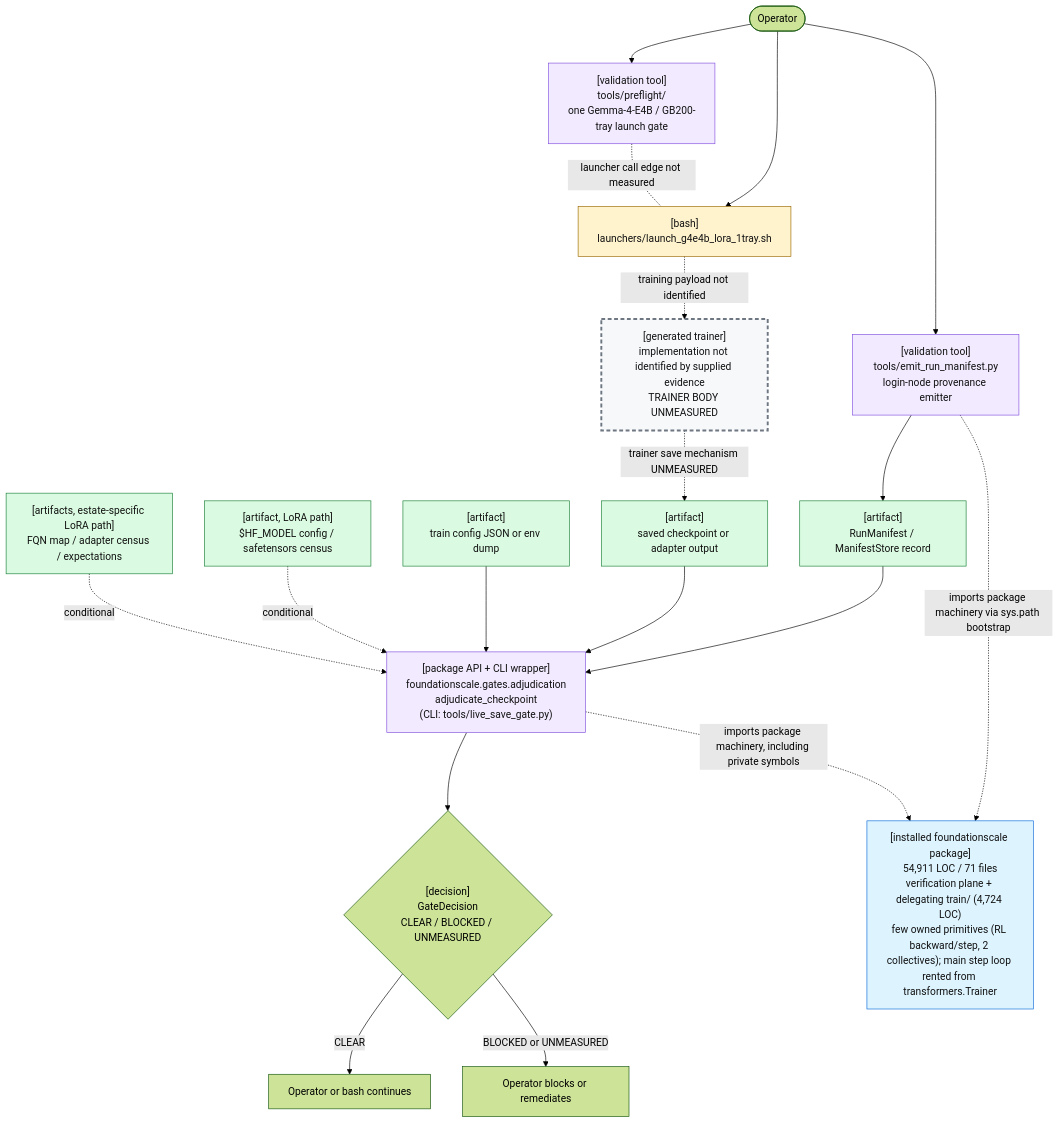
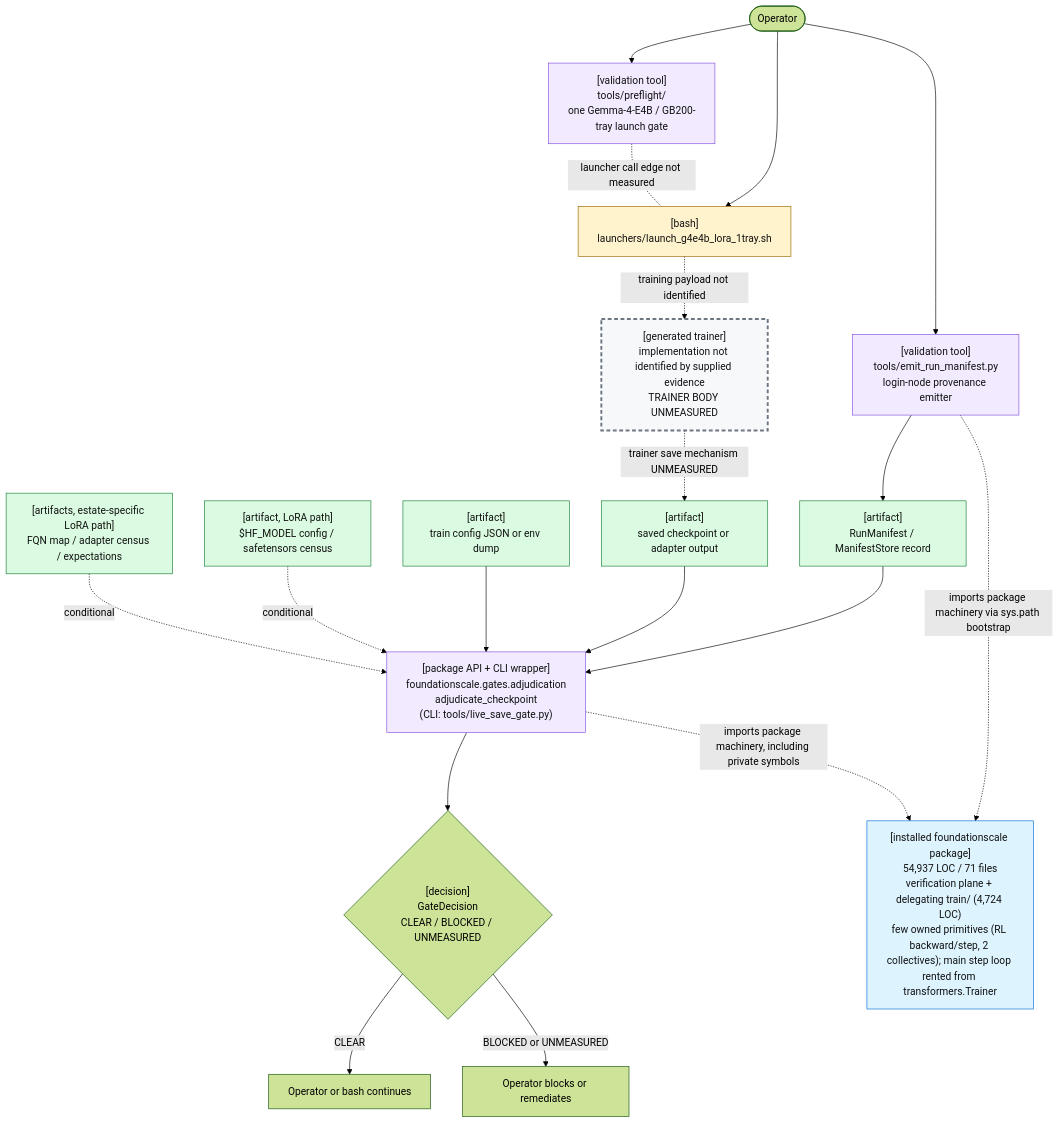
The first of 2 diagrams in docs/review/D2_current_architecture.md (TranNhiem/FoundationScale), drawn with Mermaid (forest theme) before and after one commit. The commit also changed other lines of this file and 14 other files, not shown here.

````diff
--- a/docs/review/D2_current_architecture.md
+++ b/docs/review/D2_current_architecture.md
@@ -25,59 +25,59 @@
 ```mermaid
 flowchart TB
   O(["Operator"])
 
   PF["[validation tool]<br/>tools/preflight/<br/>one Gemma-4-E4B / GB200-tray launch gate"]
   L["[bash]<br/>launchers/launch_g4e4b_lora_1tray.sh"]
 
   E["[validation tool]<br/>tools/emit_run_manifest.py<br/>login-node provenance emitter"]
   M["[artifact]<br/>RunManifest / ManifestStore record"]
 
   T["[generated trainer]<br/>implementation not identified by supplied evidence<br/>TRAINER BODY UNMEASURED"]
   C["[artifact]<br/>saved checkpoint or adapter output"]
 
   G["[package API + CLI wrapper]<br/>foundationscale.gates.adjudication<br/>adjudicate_checkpoint<br/>(CLI: tools/live_save_gate.py)"]
   CFG["[artifact]<br/>train config JSON or env dump"]
   BASE["[artifact, LoRA path]<br/>$HF_MODEL config / safetensors census"]
   CEN["[artifacts, estate-specific LoRA path]<br/>FQN map / adapter census / expectations"]
 
   D{"[decision]<br/>GateDecision<br/>CLEAR / BLOCKED / UNMEASURED"}
   OK["Operator or bash continues"]
   NO["Operator blocks or remediates"]
 
-  PKG["[installed foundationscale package]<br/>54,911 LOC / 71 files<br/>verification plane + delegating train/ (4,724 LOC)<br/>few owned primitives (RL backward/step, 2 collectives); main step loop rented from transformers.Trainer"]
+  PKG["[installed foundationscale package]<br/>54,937 LOC / 71 files<br/>verification plane + delegating train/ (4,724 LOC)<br/>few owned primitives (RL backward/step, 2 collectives); main step loop rented from transformers.Trainer"]
 
   O --> PF
   O --> L
   PF -. "launcher call edge not measured" .- L
 
   O --> E
   E --> M
 
   L -. "training payload not identified" .-> T
   T -. "trainer save mechanism UNMEASURED" .-> C
 
   M --> G
   C --> G
   CFG --> G
   BASE -. "conditional" .-> G
   CEN -. "conditional" .-> G
 
   E -. "imports package machinery via sys.path bootstrap" .-> PKG
   G -. "imports package machinery, including private symbols" .-> PKG
 
   G --> D
   D -->|"CLEAR"| OK
   D -->|"BLOCKED or UNMEASURED"| NO
 
   classDef bash fill:#fff3cd,stroke:#9a6700,color:#111;
   classDef tool fill:#f2eaff,stroke:#8250df,color:#111;
   classDef artifact fill:#dafbe1,stroke:#1a7f37,color:#111;
   classDef gap fill:#f6f8fa,stroke:#6e7781,stroke-width:3px,stroke-dasharray: 6 4,color:#111;
   classDef pkg fill:#ddf4ff,stroke:#0969da,color:#111;
 
   class L bash;
   class PF,E,G tool;
   class M,C,CFG,BASE,CEN artifact;
   class T gap;
   class PKG pkg;
 ```
````
